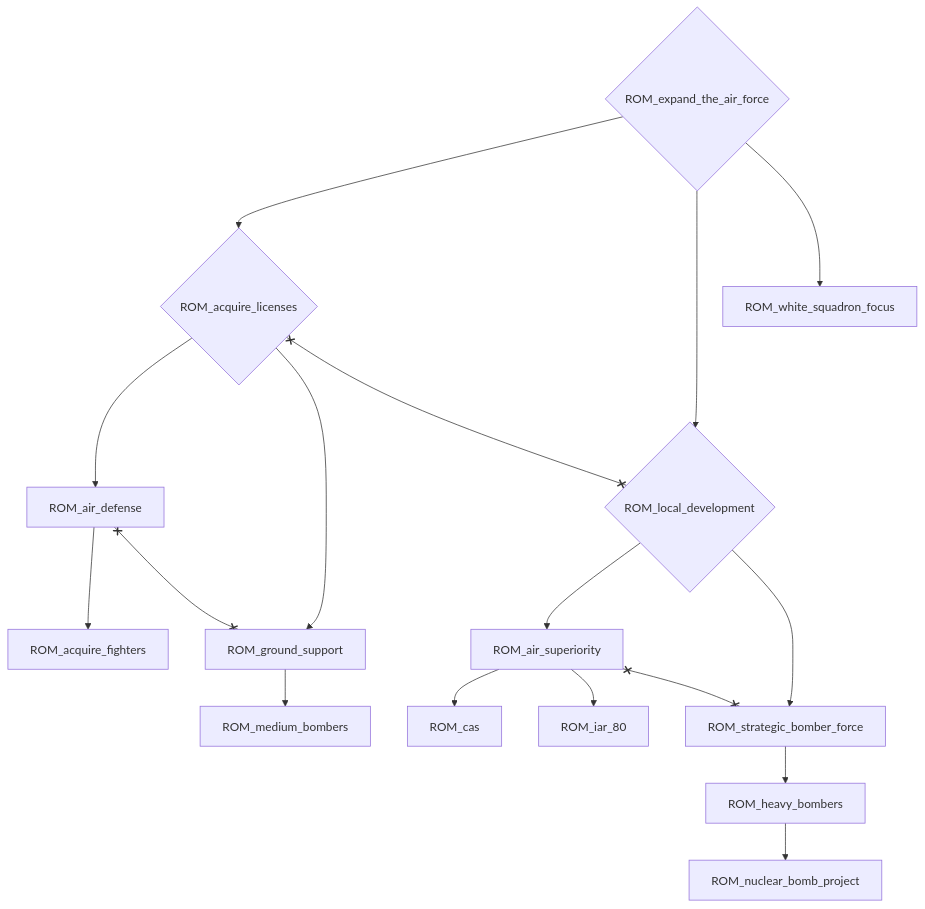
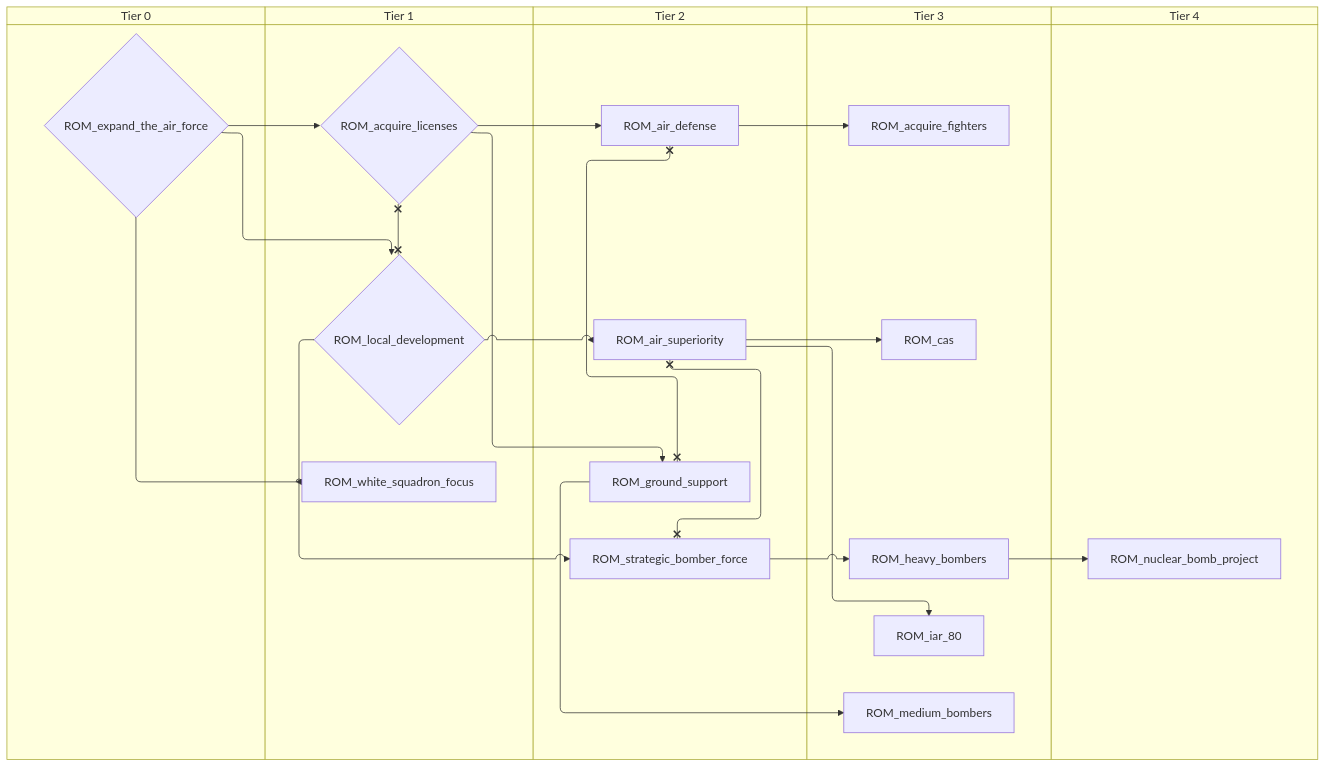
One commit to evgeny-sobol/hoi4-sandbox-mode changed the third of 6 diagrams in docs/gdd/National Focuses/romania.md. Above: the diagram before and after it, drawn with Mermaid. The commit also changed other lines of this file and 80 other files, not shown here.

First line of the commit message:
Add swimlane mode to focus graph exporter

````diff
--- a/docs/gdd/National Focuses/romania.md
+++ b/docs/gdd/National Focuses/romania.md
@@ -98,33 +128,43 @@
 ```mermaid
-flowchart TD
-    n39["ROM_acquire_fighters"]
-    n40{"ROM_acquire_licenses"}
-    n41["ROM_air_defense"]
-    n42["ROM_air_superiority"]
-    n43["ROM_cas"]
-    n44{"ROM_expand_the_air_force"}
-    n45["ROM_ground_support"]
-    n46["ROM_heavy_bombers"]
-    n47["ROM_iar_80"]
-    n48{"ROM_local_development"}
-    n49["ROM_medium_bombers"]
-    n50["ROM_nuclear_bomb_project"]
-    n51["ROM_strategic_bomber_force"]
-    n52["ROM_white_squadron_focus"]
-    n41 --> n39
-    n44 --> n40
-    n40 --> n41
-    n48 --> n42
-    n42 --> n43
+swimlane-beta TD
+    subgraph tier_0["Tier 0"]
+        n39{"ROM_expand_the_air_force"}
+    end
+    subgraph tier_1["Tier 1"]
+        n40{"ROM_acquire_licenses"}
+        n41{"ROM_local_development"}
+        n42["ROM_white_squadron_focus"]
+    end
+    subgraph tier_2["Tier 2"]
+        n43["ROM_air_defense"]
+        n44["ROM_air_superiority"]
+        n45["ROM_ground_support"]
+        n46["ROM_strategic_bomber_force"]
+    end
+    subgraph tier_3["Tier 3"]
+        n47["ROM_acquire_fighters"]
+        n48["ROM_cas"]
+        n49["ROM_heavy_bombers"]
+        n50["ROM_iar_80"]
+        n51["ROM_medium_bombers"]
+    end
+    subgraph tier_4["Tier 4"]
+        n52["ROM_nuclear_bomb_project"]
+    end
+    n43 --> n47
+    n39 --> n40
+    n40 --> n43
+    n41 --> n44
+    n44 --> n48
     n40 --> n45
-    n51 --> n46
-    n42 --> n47
-    n44 --> n48
-    n45 --> n49
-    n46 --> n50
-    n48 --> n51
-    n44 --> n52
-    n40 x--x n48
-    n41 x--x n45
-    n42 x--x n51
+    n46 --> n49
+    n44 --> n50
+    n39 --> n41
+    n45 --> n51
+    n49 --> n52
+    n41 --> n46
+    n39 --> n42
+    n40 x--x n41
+    n43 x--x n45
+    n44 x--x n46
 ```
````
